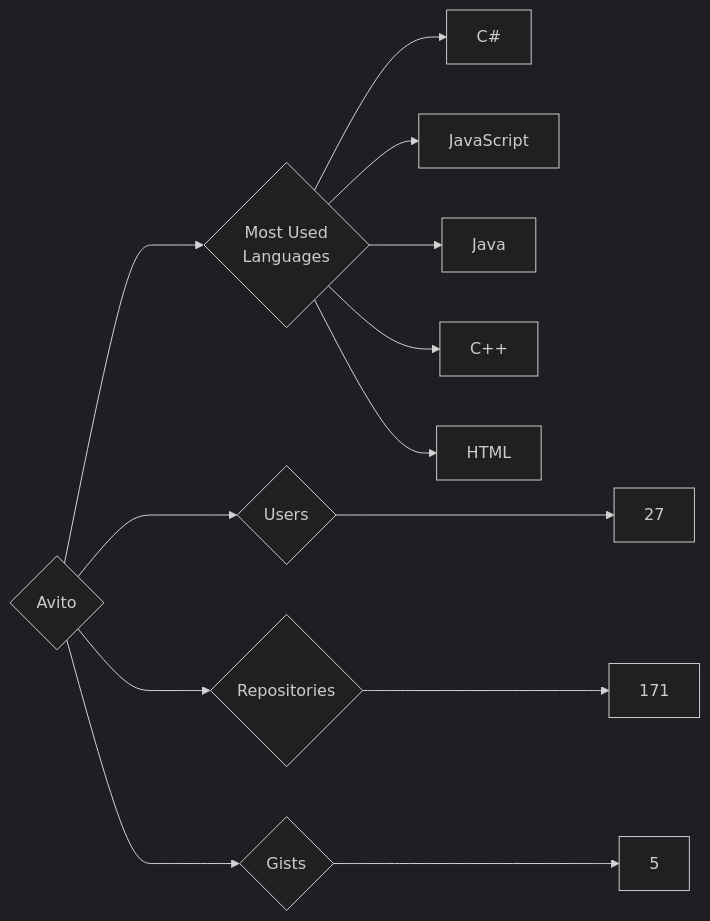
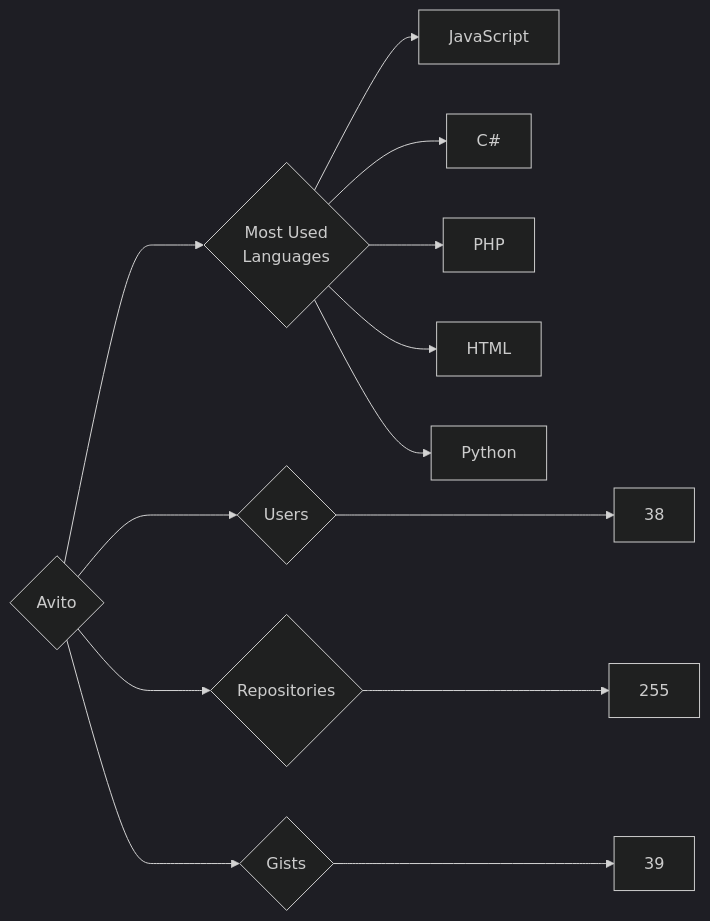
Before and after one commit to trickest/insiders: the diagram in targets/Avito/README.md, drawn with Mermaid (dark theme). The commit also changed 720 other files, not shown here.

````diff
--- a/targets/Avito/README.md
+++ b/targets/Avito/README.md
@@ -3,13 +3,13 @@
 ```mermaid
 graph LR
 COMPANY_NAME{Avito}
-COMPANY_NAME ---> U{Users} ---> UN[27]
-COMPANY_NAME ---> R{Repositories} ---> RN[171]
-COMPANY_NAME ---> G{Gists} ---> GN[5]
+COMPANY_NAME ---> U{Users} ---> UN[38]
+COMPANY_NAME ---> R{Repositories} ---> RN[255]
+COMPANY_NAME ---> G{Gists} ---> GN[39]
 COMPANY_NAME ---> ML{Most Used<br>Languages}
+ML --> JavaScript[JavaScript]
 ML --> C#[C#]
-ML --> JavaScript[JavaScript]
-ML --> Java[Java]
-ML --> C++[C++]
+ML --> PHP[PHP]
 ML --> HTML[HTML]
+ML --> Python[Python]
 ```
````
